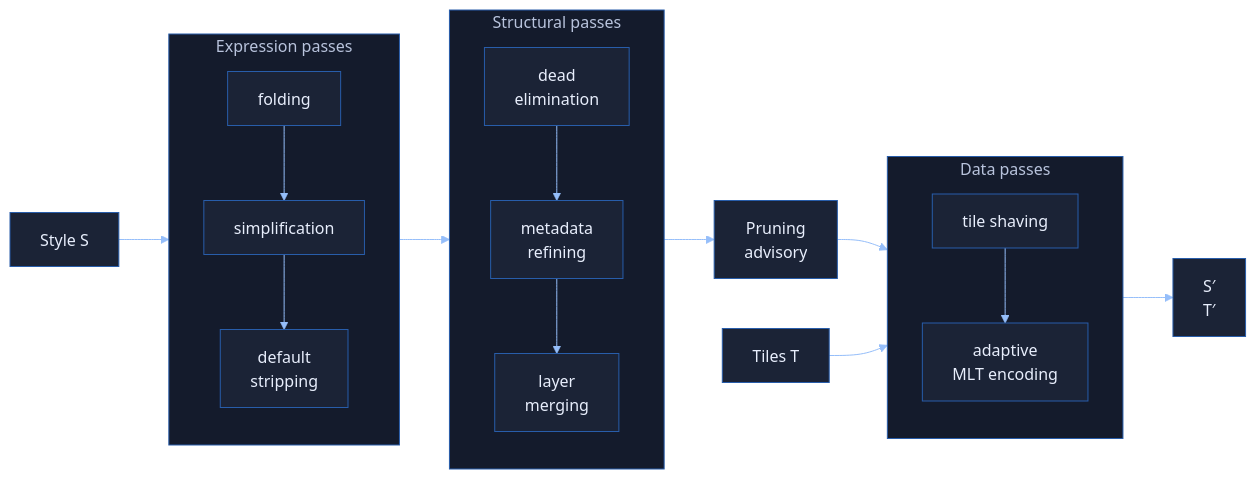
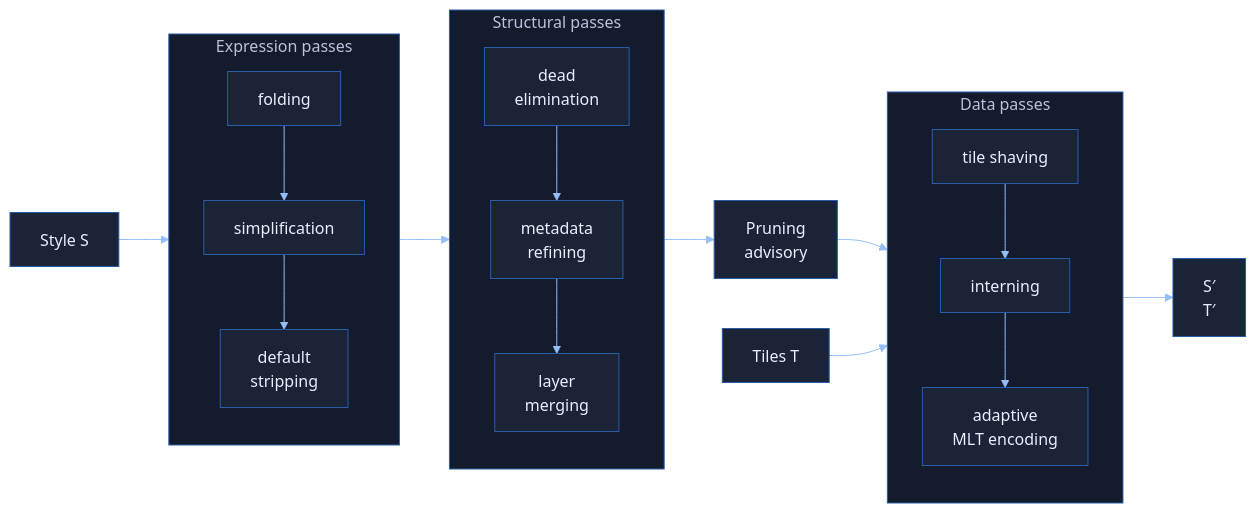
One commit to CommanderStorm/master-thesis changed the first of 3 diagrams in defense/slides.md. Above: the diagram before and after it, drawn with Mermaid. The commit also changed other lines of this file, not shown here.

````diff
--- a/defense/slides.md
+++ b/defense/slides.md
@@ -157,22 +171,22 @@
 ```mermaid {scale: 0.75}
 %%{init: {'theme':'base','themeVariables':{'fontFamily':'Alata, sans-serif','primaryColor':'#1b2336','primaryTextColor':'#e8eefc','primaryBorderColor':'#285DAA','lineColor':'#95BEFA','clusterBkg':'#141b2c','clusterBorder':'#285DAA','edgeLabelBackground':'#111725'}}}%%
 flowchart LR
   S[Style S] --> L1
   subgraph L1 [Expression passes]
     direction TB
     A1[folding] --> A2[simplification] --> A3[default<br>stripping]
   end
   L1 --> L2
   subgraph L2 [Structural passes]
     direction TB
     B1[dead<br>elimination] --> B2[metadata<br>refining] --> B3[layer<br>merging]
   end
   L2 --> ADV[Pruning<br>advisory]
   ADV --> L3
   subgraph L3 [Data passes]
     direction TB
-    C1[tile shaving] --> C2[adaptive<br>MLT encoding]
+    C1[tile shaving] --> C3[interning] --> C2[adaptive<br>MLT encoding]
   end
   T[Tiles T] --> L3
   L3 --> OUT[S′<br>T′]
 ```
````
